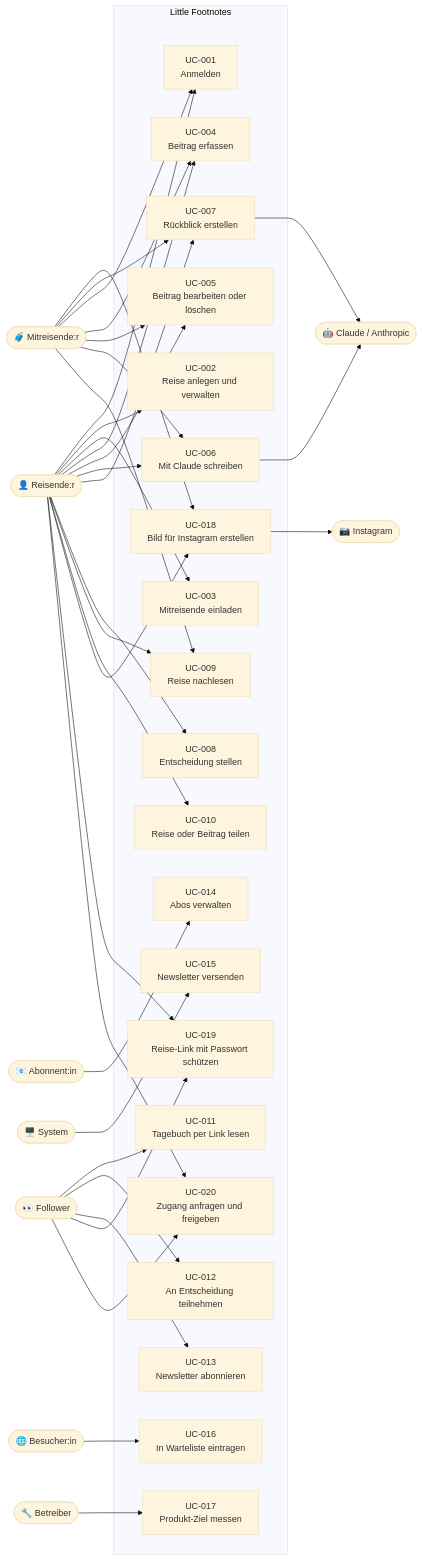
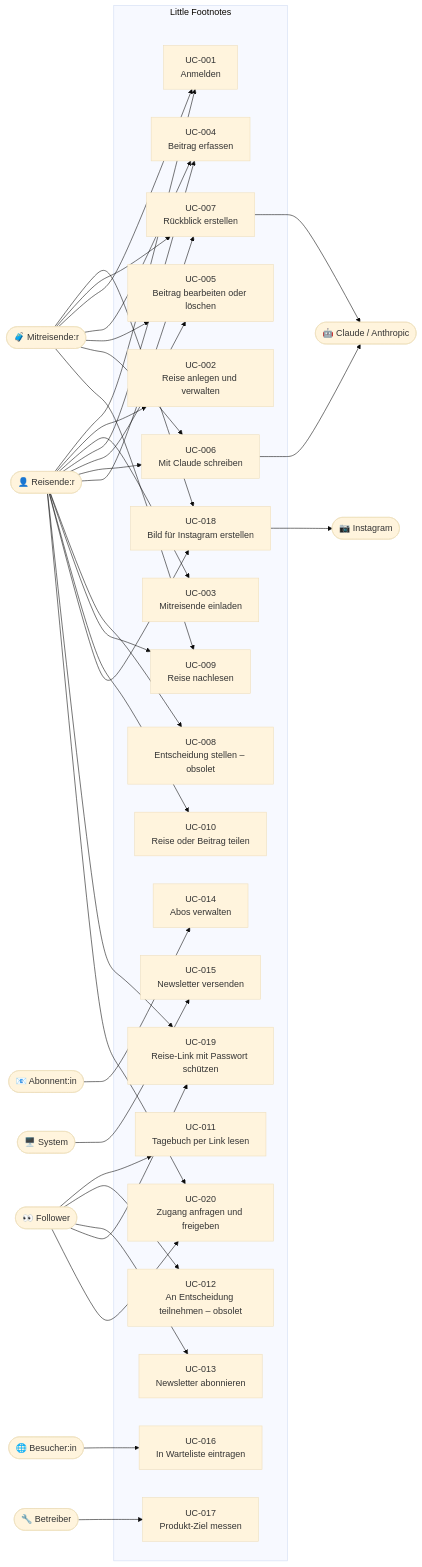
One commit to sansan88/wayfolio changed the diagram in docs/use_cases.md. Above: the diagram before and after it, drawn with Mermaid (base theme). The commit also changed other lines of this file and 18 other files, not shown here.

````diff
--- a/docs/use_cases.md
+++ b/docs/use_cases.md
@@ -5,68 +5,68 @@
 ```mermaid
 flowchart LR
     reisende([👤 Reisende:r])
     mitreisende([🧳 Mitreisende:r])
     follower([👀 Follower])
     abonnent([📧 Abonnent:in])
     besucher([🌐 Besucher:in])
     betreiber([🔧 Betreiber])
     system([🖥️ System])
     claude([🤖 Claude / Anthropic])
 
     subgraph "Little Footnotes"
         UC001[UC-001\nAnmelden]
         UC002[UC-002\nReise anlegen und verwalten]
         UC003[UC-003\nMitreisende einladen]
         UC004[UC-004\nBeitrag erfassen]
         UC005[UC-005\nBeitrag bearbeiten oder löschen]
         UC006[UC-006\nMit Claude schreiben]
         UC007[UC-007\nRückblick erstellen]
-        UC008[UC-008\nEntscheidung stellen]
+        UC008[UC-008\nEntscheidung stellen – obsolet]
         UC009[UC-009\nReise nachlesen]
         UC010[UC-010\nReise oder Beitrag teilen]
         UC011[UC-011\nTagebuch per Link lesen]
-        UC012[UC-012\nAn Entscheidung teilnehmen]
+        UC012[UC-012\nAn Entscheidung teilnehmen – obsolet]
         UC013[UC-013\nNewsletter abonnieren]
         UC014[UC-014\nAbos verwalten]
         UC015[UC-015\nNewsletter versenden]
         UC016[UC-016\nIn Warteliste eintragen]
         UC017[UC-017\nProdukt-Ziel messen]
         UC018[UC-018\nBild für Instagram erstellen]
         UC019[UC-019\nReise-Link mit Passwort schützen]
         UC020[UC-020\nZugang anfragen und freigeben]
     end
     instagram([📷 Instagram])
 
     reisende --> UC001
     reisende --> UC002
     reisende --> UC003
     reisende --> UC004
     reisende --> UC005
     reisende --> UC006
     reisende --> UC007
     reisende --> UC008
     reisende --> UC009
     reisende --> UC010
     reisende --> UC018
     reisende --> UC019
     reisende --> UC020
     mitreisende --> UC018
     mitreisende --> UC007
     mitreisende --> UC001
     mitreisende --> UC004
     mitreisende --> UC005
     mitreisende --> UC006
     mitreisende --> UC009
     follower --> UC011
     follower --> UC012
     follower --> UC013
     follower --> UC019
     follower --> UC020
     abonnent --> UC014
     besucher --> UC016
     betreiber --> UC017
     system --> UC015
     UC006 --> claude
     UC007 --> claude
     UC018 --> instagram
 ```
````
